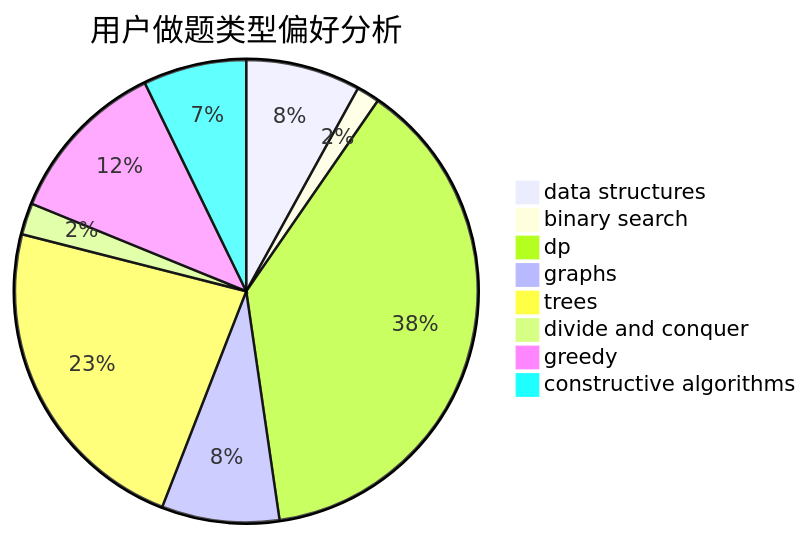
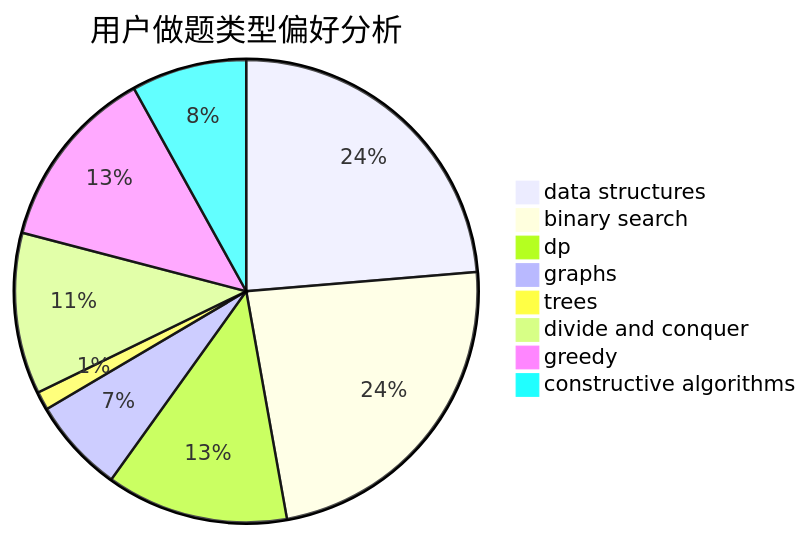
Before and after one commit to sherpahu/cfrs.github.io: the second of 3 diagrams in docs/user/u1508.md, drawn with Mermaid. The commit also changed other lines of this file and 2770 other files, not shown here.

````diff
--- a/docs/user/u1508.md
+++ b/docs/user/u1508.md
@@ -23,11 +23,11 @@
 ```mermaid
 pie title 用户做题类型偏好分析
-    "data structures" :  40
-    "binary search" :  8
-    "dp" :  190
+    "data structures" :  147
+    "binary search" :  146
+    "dp" :  79
     "graphs" :  41
-    "trees" :  115
-    "divide and conquer" :  11
-    "greedy" :  58
-    "constructive algorithms" :  36
+    "trees" :  8
+    "divide and conquer" :  70
+    "greedy" :  80
+    "constructive algorithms" :  50
 ```
````
